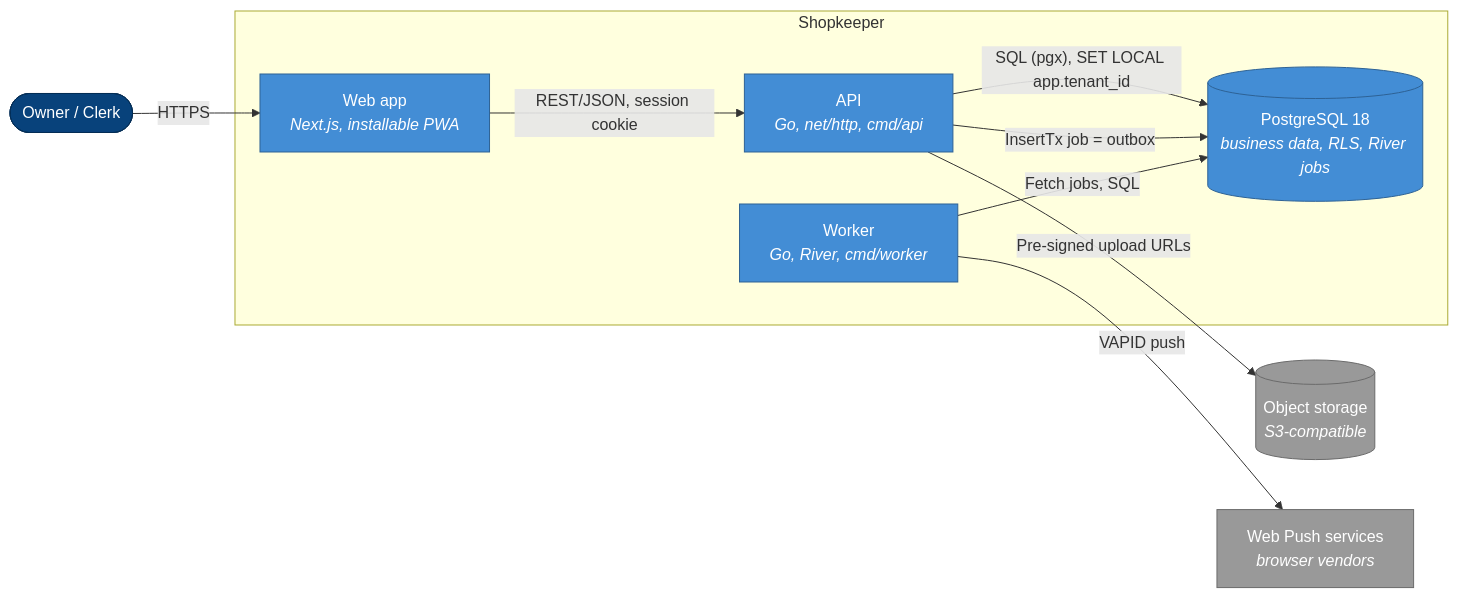
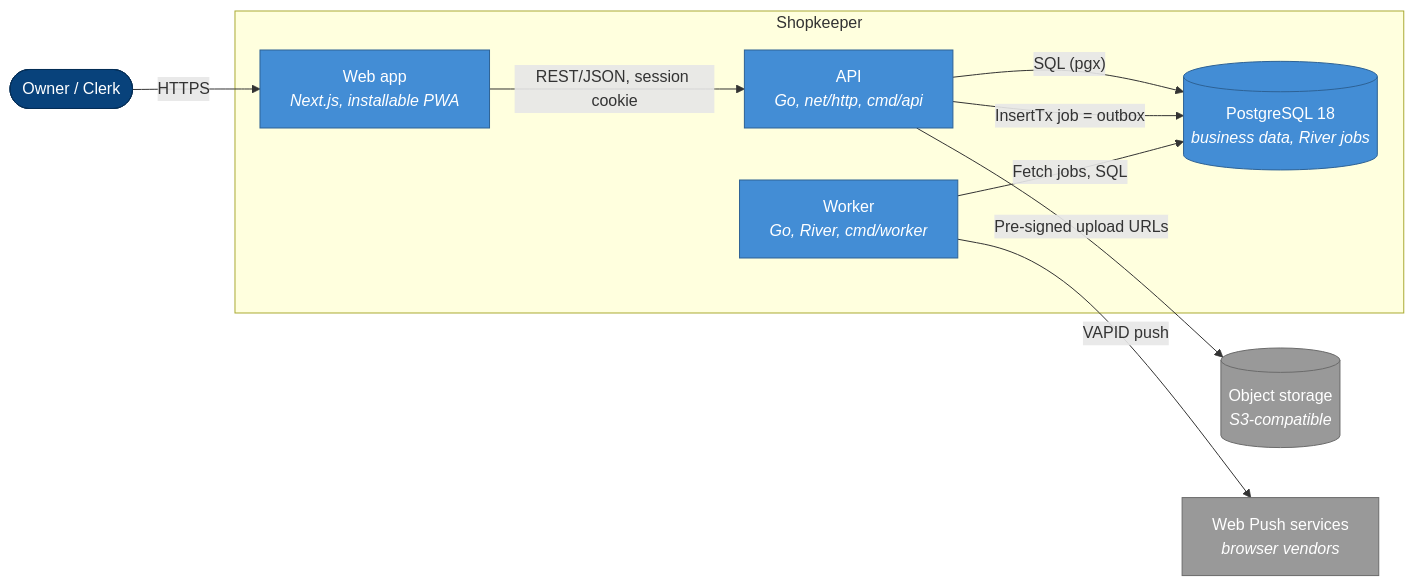
One commit to humberto0/shopkeeper changed the second of 4 diagrams in docs/architecture/README.md. Above: the diagram before and after it, drawn with Mermaid. The commit also changed other lines of this file and 20 other files, not shown here.

````diff
--- a/docs/architecture/README.md
+++ b/docs/architecture/README.md
@@ -61,26 +61,26 @@
 ```mermaid
 flowchart LR
   users([Owner / Clerk]):::person
 
   subgraph sk[Shopkeeper]
     web[Web app<br/><i>Next.js, installable PWA</i>]:::container
     api[API<br/><i>Go, net/http, cmd/api</i>]:::container
     worker[Worker<br/><i>Go, River, cmd/worker</i>]:::container
-    db[(PostgreSQL 18<br/><i>business data, RLS, River jobs</i>)]:::db
+    db[(PostgreSQL 18<br/><i>business data, River jobs</i>)]:::db
   end
   s3[(Object storage<br/><i>S3-compatible</i>)]:::external
   push[Web Push services<br/><i>browser vendors</i>]:::external
 
   users -- "HTTPS" --> web
   web -- "REST/JSON, session cookie" --> api
-  api -- "SQL (pgx), SET LOCAL app.tenant_id" --> db
+  api -- "SQL (pgx)" --> db
   api -- "InsertTx job = outbox" --> db
   worker -- "Fetch jobs, SQL" --> db
   worker -- "VAPID push" --> push
   api -- "Pre-signed upload URLs" --> s3
 
   classDef person fill:#08427b,color:#fff,stroke:#052e56
   classDef container fill:#438dd5,color:#fff,stroke:#2e6295
   classDef db fill:#438dd5,color:#fff,stroke:#2e6295
   classDef external fill:#999,color:#fff,stroke:#6b6b6b
 ```
````
